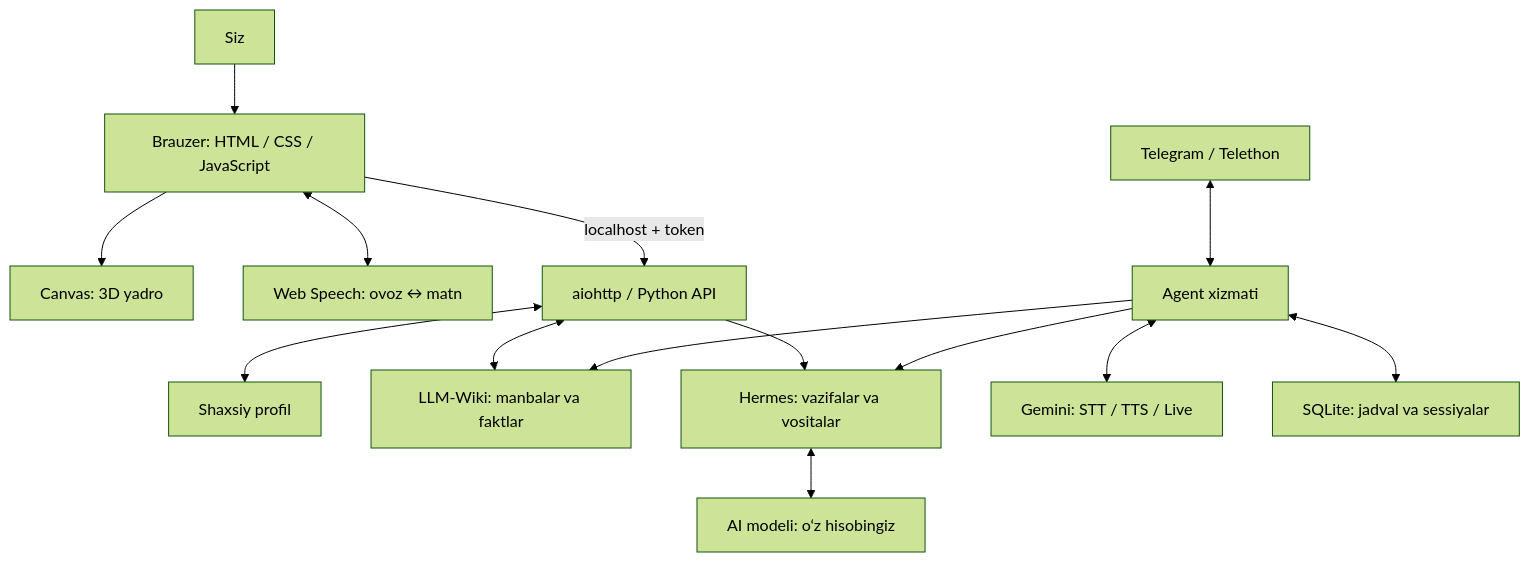
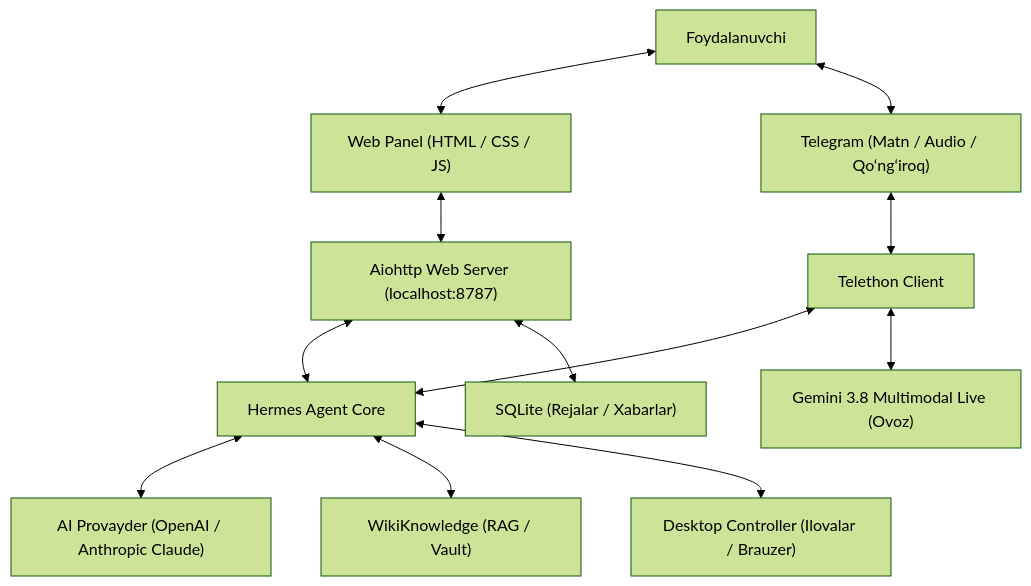
Before and after one commit to Umrzoq-backend-ai/yordamchi: the second of 2 diagrams in README.md, drawn with Mermaid (forest theme). The commit also changed other lines of this file and 5 other files, not shown here.

Commit message:
docs: update README and screenshots with Dual Theme (Kun/Tun) and Gemini Live features

````diff
--- a/README.md
+++ b/README.md
@@ -183,16 +135,14 @@
 ```mermaid
-flowchart TB
-    U["Siz"] --> B["Brauzer: HTML / CSS / JavaScript"]
-    B --> C["Canvas: 3D yadro"]
-    B <--> S["Web Speech: ovoz ↔ matn"]
-    B -->|"localhost + token"| A["aiohttp / Python API"]
-    A <--> P["Shaxsiy profil"]
-    A <--> K["LLM-Wiki: manbalar va faktlar"]
-    A --> H["Hermes: vazifalar va vositalar"]
-    H <--> M["AI modeli: o‘z hisobingiz"]
-    T["Telegram / Telethon"] <--> V["Agent xizmati"]
-    V <--> G["Gemini: STT / TTS / Live"]
-    V --> H
-    V --> K
-    V <--> DB["SQLite: jadval va sessiyalar"]
+flowchart TD
+    U["Foydalanuvchi"] <--> W["Web Panel (HTML / CSS / JS)"]
+    U <--> T["Telegram (Matn / Audio / Qo‘ng‘iroq)"]
+    W <--> S["Aiohttp Web Server (localhost:8787)"]
+    T <--> TG["Telethon Client"]
+    S <--> H["Hermes Agent Core"]
+    TG <--> H
+    H <--> AI["AI Provayder (OpenAI / Anthropic Claude)"]
+    TG <--> G["Gemini 3.8 Multimodal Live (Ovoz)"]
+    H <--> K["WikiKnowledge (RAG / Vault)"]
+    H <--> D["Desktop Controller (Ilovalar / Brauzer)"]
+    S <--> DB["SQLite (Rejalar / Xabarlar)"]
 ```
````
